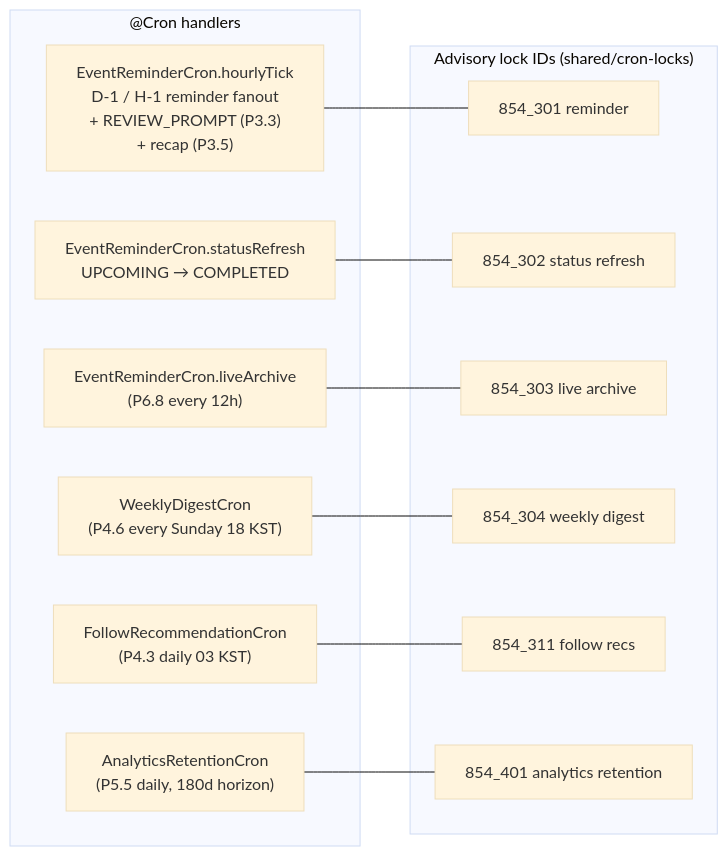
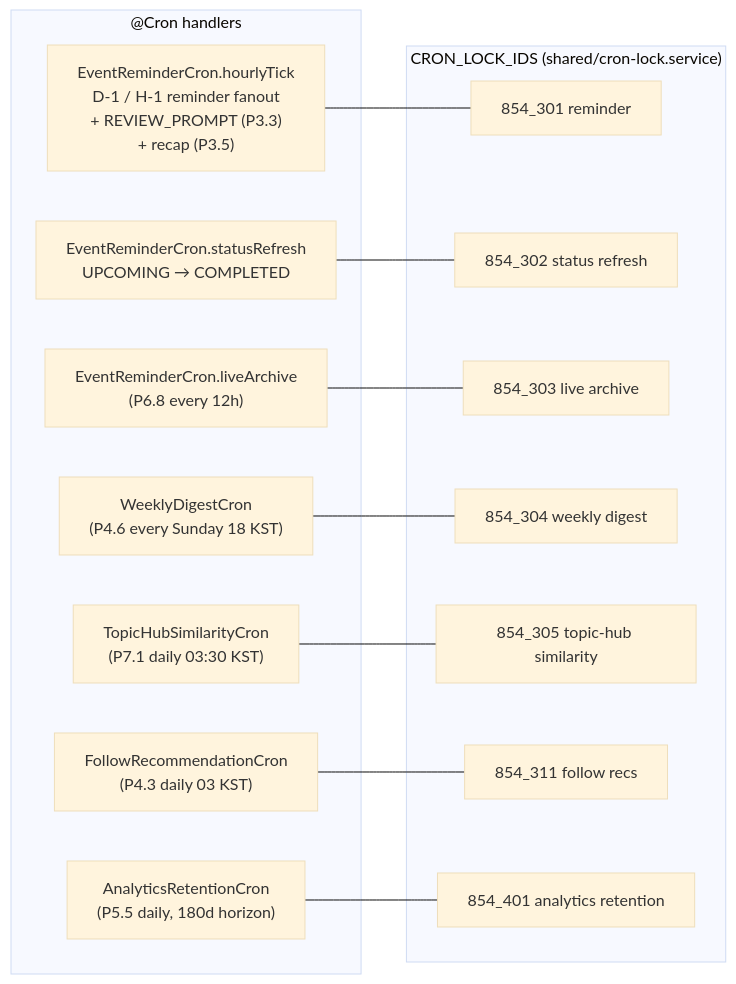
Before and after one commit to kohjun/PRISM_Club: the seventh of 9 diagrams in docs/ARCHITECTURE_OVERVIEW.md, drawn with Mermaid (base theme). The commit also changed other lines of this file and 8 other files, not shown here.

First line of the commit message:
docs: reconcile architecture + backlog with Phase 7 + refactor B

````diff
--- a/docs/ARCHITECTURE_OVERVIEW.md
+++ b/docs/ARCHITECTURE_OVERVIEW.md
@@ -326,27 +326,30 @@
 ```mermaid
 flowchart LR
     subgraph "@Cron handlers"
         D1["EventReminderCron.hourlyTick<br/>D-1 / H-1 reminder fanout<br/>+ REVIEW_PROMPT (P3.3)<br/>+ recap (P3.5)"]
         D2["EventReminderCron.statusRefresh<br/>UPCOMING → COMPLETED"]
         D3["EventReminderCron.liveArchive<br/>(P6.8 every 12h)"]
         D4["WeeklyDigestCron<br/>(P4.6 every Sunday 18 KST)"]
         D5["FollowRecommendationCron<br/>(P4.3 daily 03 KST)"]
         D6["AnalyticsRetentionCron<br/>(P5.5 daily, 180d horizon)"]
+        D7["TopicHubSimilarityCron<br/>(P7.1 daily 03:30 KST)"]
     end
 
-    subgraph "Advisory lock IDs (shared/cron-locks)"
+    subgraph "CRON_LOCK_IDS (shared/cron-lock.service)"
         L1["854_301 reminder"]
         L2["854_302 status refresh"]
         L3["854_303 live archive"]
         L4["854_304 weekly digest"]
-        L5["854_311 follow recs"]
-        L6["854_401 analytics retention"]
+        L5["854_305 topic-hub similarity"]
+        L6["854_311 follow recs"]
+        L7["854_401 analytics retention"]
     end
 
     D1 --- L1
     D2 --- L2
     D3 --- L3
     D4 --- L4
-    D5 --- L5
-    D6 --- L6
+    D5 --- L6
+    D6 --- L7
+    D7 --- L5
 ```
````
